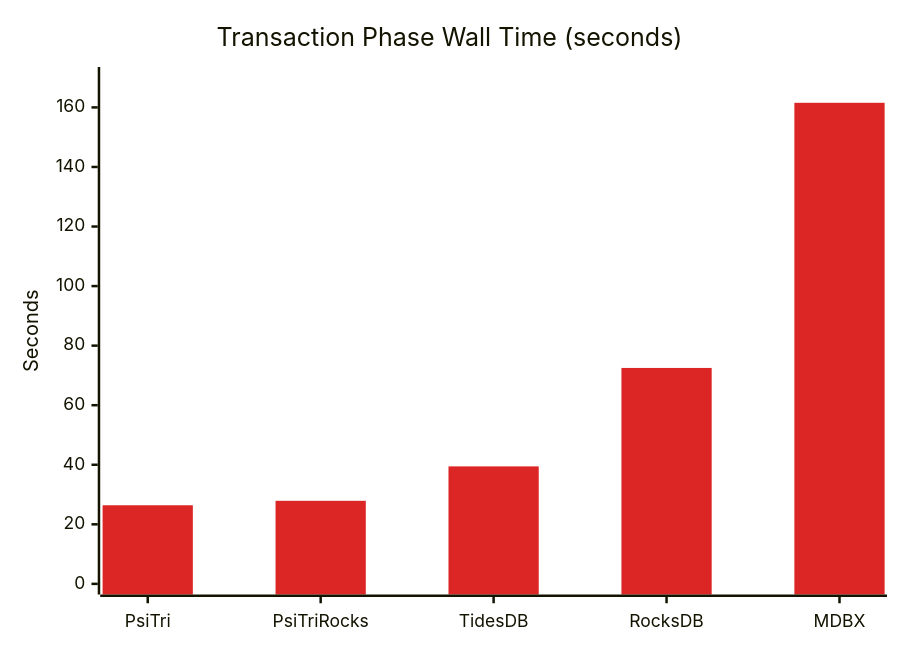
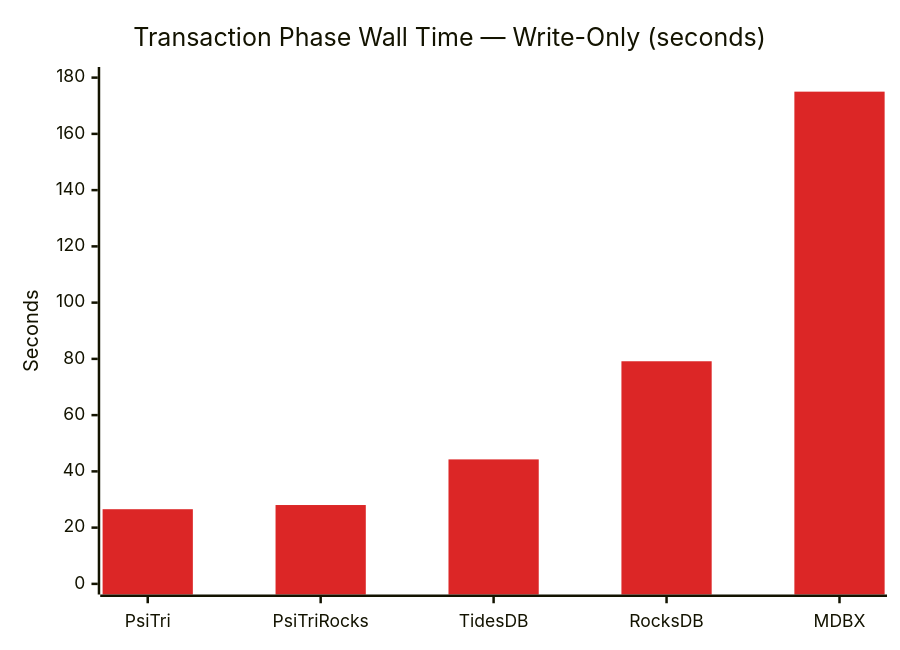
One commit to gofractally/arbtrie changed the third of 8 diagrams in programs/BANK_BENCHMARK.md. Above: the diagram before and after it, drawn with Mermaid. The commit also changed other lines of this file and 1 other file, not shown here.

First line of the commit message:
Add concurrent read benchmark phase, update results with leaf compaction

````diff
--- a/programs/BANK_BENCHMARK.md
+++ b/programs/BANK_BENCHMARK.md
@@ -120,8 +121,8 @@
 ```mermaid
 %%{init: {'theme': 'base', 'themeVariables': {'xyChart': {'plotColorPalette': '#DC2626'}}}}%%
 xychart-beta
-    title "Transaction Phase Wall Time (seconds)"
+    title "Transaction Phase Wall Time — Write-Only (seconds)"
     x-axis ["PsiTri", "PsiTriRocks", "TidesDB", "RocksDB", "MDBX"]
-    y-axis "Seconds" 0 --> 170
-    bar [26.396, 27.894, 39.456, 72.513, 161.544]
+    y-axis "Seconds" 0 --> 180
+    bar [26.547, 28.034, 44.260, 79.151, 175.012]
 ```
````
